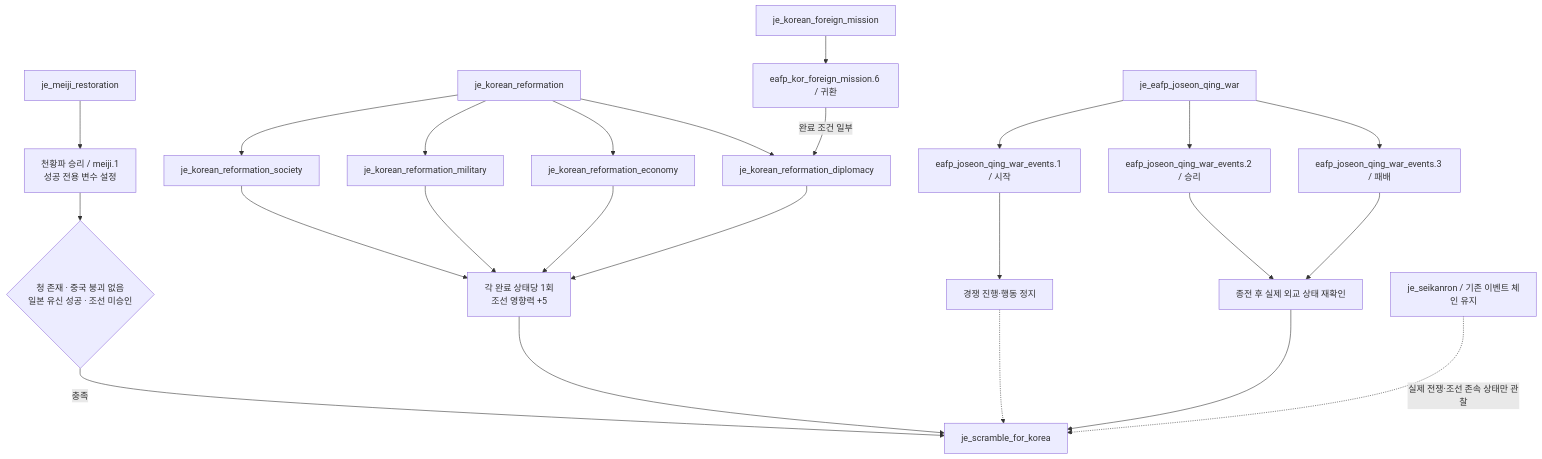
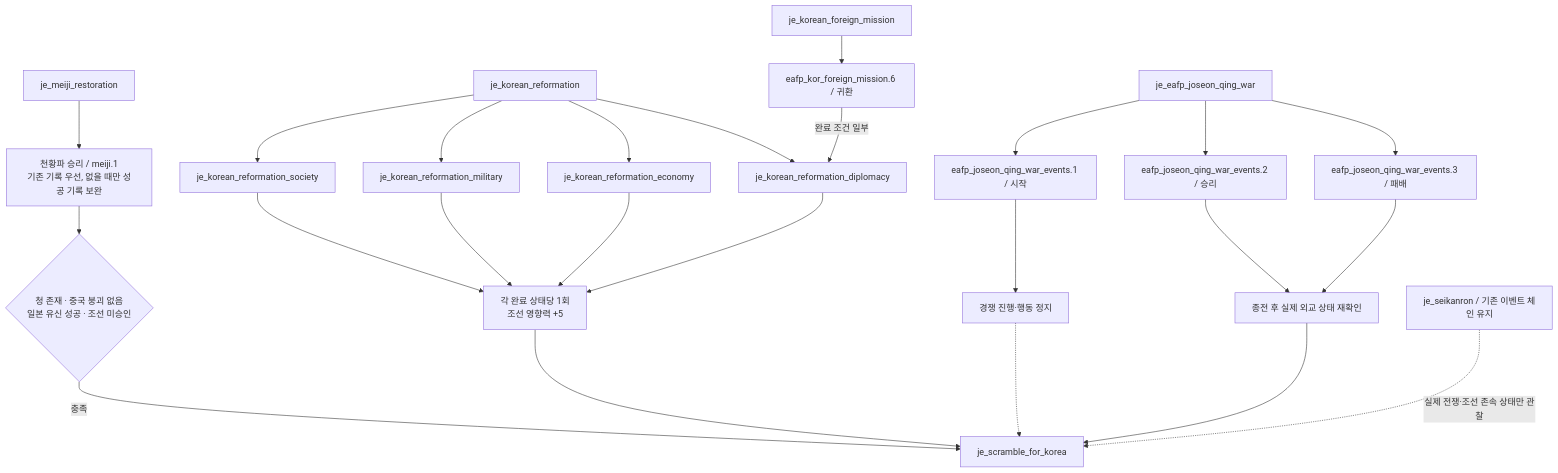
The first of 3 diagrams in scratch/scramble_for_korea_journal_design_plan.md (East-Asia-Flavor-Pack/East-Asia-Flavor-Pack), drawn with Mermaid before and after one commit. The commit also changed other lines of this file and 4 other files, not shown here.

````diff
--- a/scratch/scramble_for_korea_journal_design_plan.md
+++ b/scratch/scramble_for_korea_journal_design_plan.md
@@ -230,26 +245,26 @@
 ```mermaid
 flowchart TD
-    M["je_meiji_restoration"] --> MS["천황파 승리 / meiji.1<br/>성공 전용 변수 설정"]
+    M["je_meiji_restoration"] --> MS["천황파 승리 / meiji.1<br/>기존 기록 우선, 없을 때만 성공 기록 보완"]
     MS --> G{"청 존재 · 중국 붕괴 없음<br/>일본 유신 성공 · 조선 미승인"}
     G -->|충족| S["je_scramble_for_korea"]
     R["je_korean_reformation"] --> R1["je_korean_reformation_society"]
     R --> R2["je_korean_reformation_military"]
     R --> R3["je_korean_reformation_economy"]
     R --> R4["je_korean_reformation_diplomacy"]
     F["je_korean_foreign_mission"] --> F6["eafp_kor_foreign_mission.6 / 귀환"]
     F6 -->|완료 조건 일부| R4
     R1 --> B["각 완료 상태당 1회<br/>조선 영향력 +5"]
     R2 --> B
     R3 --> B
     R4 --> B
     B --> S
     W["je_eafp_joseon_qing_war"] --> W1["eafp_joseon_qing_war_events.1 / 시작"]
     W1 --> P["경쟁 진행·행동 정지"]
     W --> W2["eafp_joseon_qing_war_events.2 / 승리"]
     W --> W3["eafp_joseon_qing_war_events.3 / 패배"]
     W2 --> C["종전 후 실제 외교 상태 재확인"]
     W3 --> C
     P -.-> S
     C --> S
     Q["je_seikanron / 기존 이벤트 체인 유지"] -.->|실제 전쟁·조선 존속 상태만 관찰| S
 ```
````
